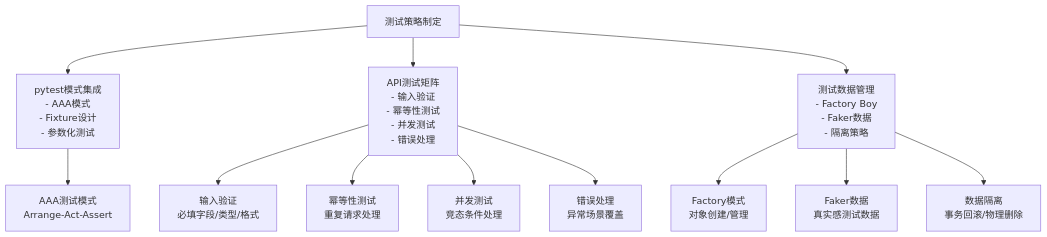
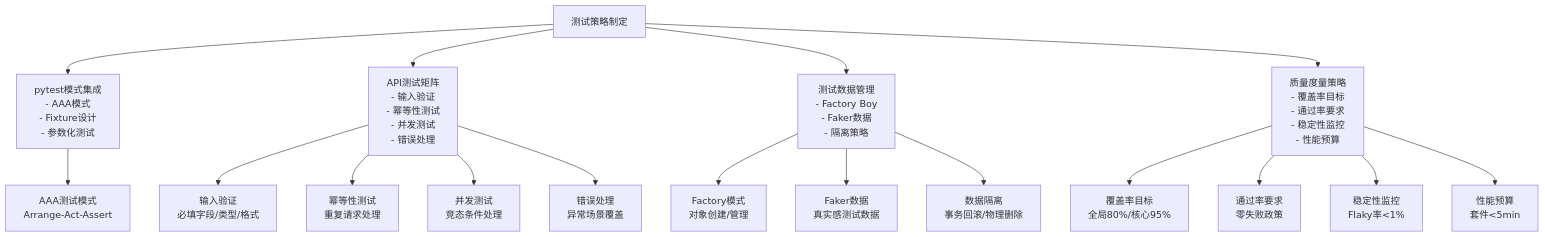
The seventh of 24 diagrams in .qoder/repowiki/zh/content/测试专项模式.md (AngelWings1997/altas), drawn with Mermaid before and after one commit. The commit also changed other lines of this file and 8 other files, not shown here.

````diff
--- a/.qoder/repowiki/zh/content/测试专项模式.md
+++ b/.qoder/repowiki/zh/content/测试专项模式.md
@@ -196,14 +320,19 @@
 ```mermaid
 flowchart TD
 Strategy[测试策略制定] --> Pytest["pytest模式集成<br/>- AAA模式<br/>- Fixture设计<br/>- 参数化测试"]
 Strategy --> API["API测试矩阵<br/>- 输入验证<br/>- 幂等性测试<br/>- 并发测试<br/>- 错误处理"]
 Strategy --> Data["测试数据管理<br/>- Factory Boy<br/>- Faker数据<br/>- 隔离策略"]
+Strategy --> Quality["质量度量策略<br/>- 覆盖率目标<br/>- 通过率要求<br/>- 稳定性监控<br/>- 性能预算"]
 Pytest --> AAA["AAA测试模式<br/>Arrange-Act-Assert"]
 API --> Validation["输入验证<br/>必填字段/类型/格式"]
 API --> Idempotency["幂等性测试<br/>重复请求处理"]
 API --> Concurrency["并发测试<br/>竞态条件处理"]
 API --> Error["错误处理<br/>异常场景覆盖"]
 Data --> Factory["Factory模式<br/>对象创建/管理"]
 Data --> Faker["Faker数据<br/>真实感测试数据"]
 Data --> Isolation["数据隔离<br/>事务回滚/物理删除"]
+Quality --> CoverageTarget["覆盖率目标<br/>全局80%/核心95%"]
+Quality --> PassRate["通过率要求<br/>零失败政策"]
+Quality --> Stability["稳定性监控<br/>Flaky率<1%"]
+Quality --> Performance["性能预算<br/>套件<5min"]
 ```
````
